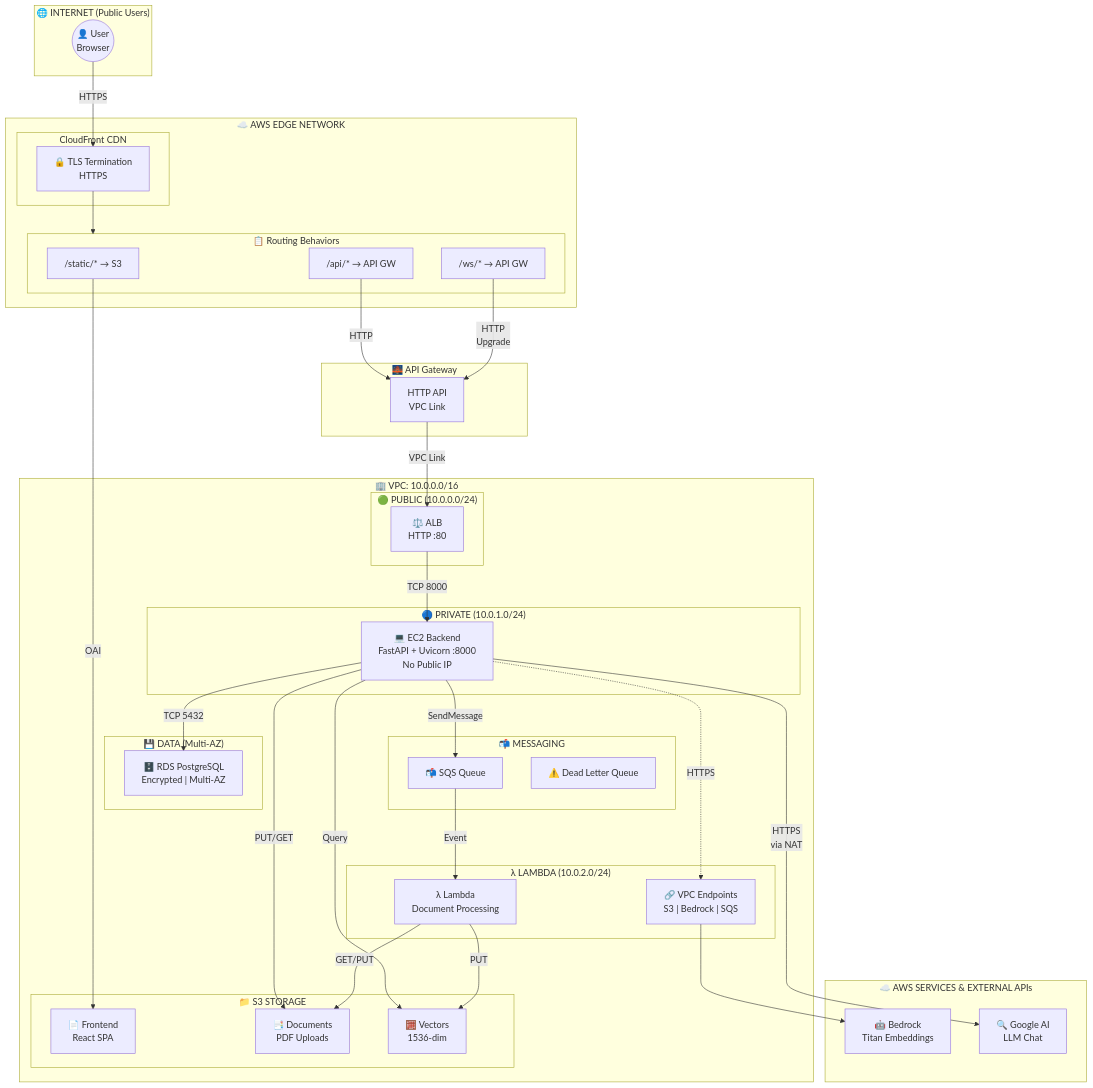
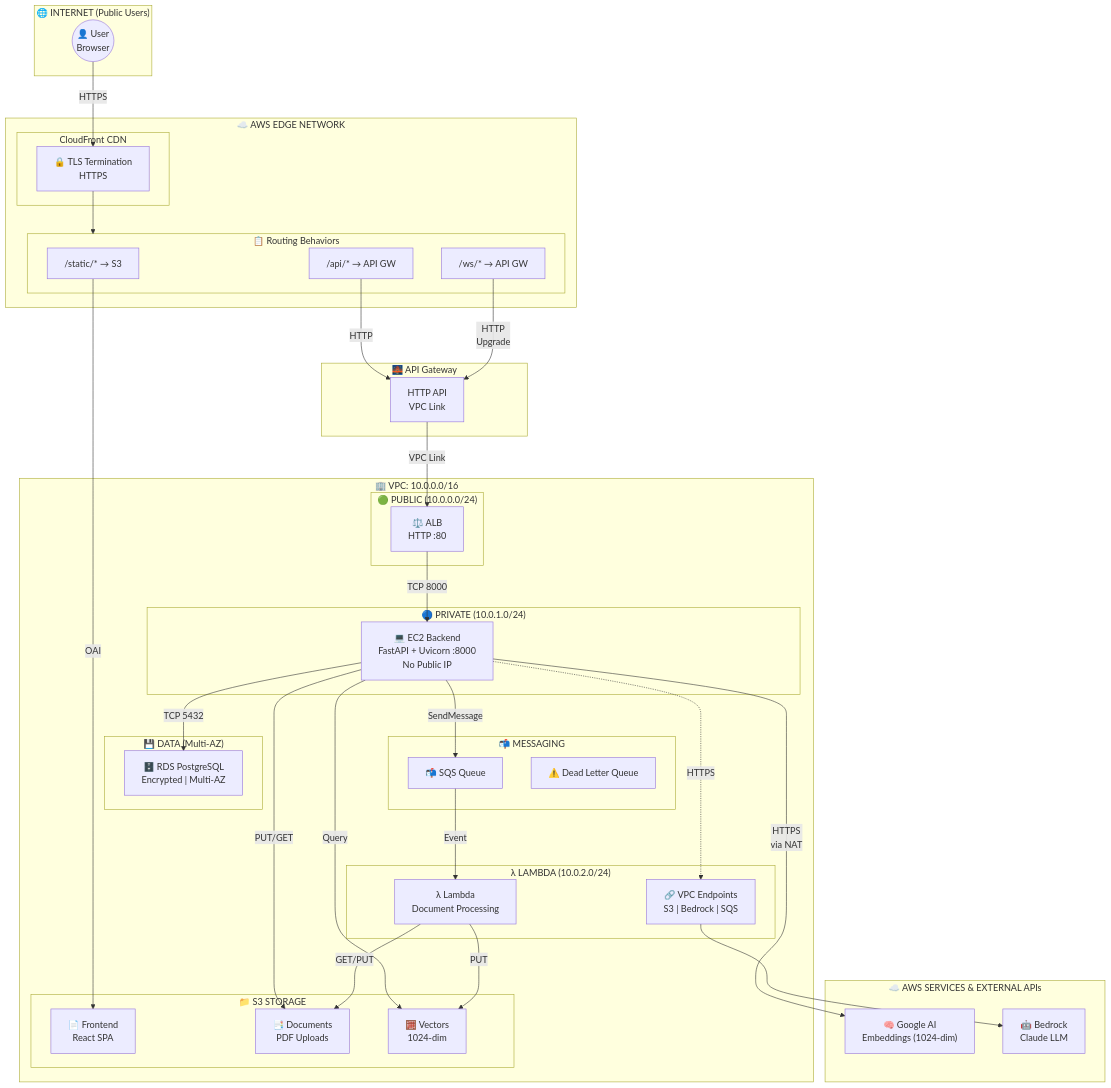
The first of 2 diagrams in README.md (h19overflow/Student_Helper), drawn with Mermaid before and after one commit. The commit also changed other lines of this file and 5 other files, not shown here.

````diff
--- a/README.md
+++ b/README.md
@@ -47,69 +58,69 @@
 ```mermaid
 flowchart TB
     subgraph Internet["🌐 INTERNET (Public Users)"]
         User((👤 User<br/>Browser))
     end
 
     subgraph Edge["☁️ AWS EDGE NETWORK"]
         subgraph CF["CloudFront CDN"]
             CF_TLS["🔒 TLS Termination<br/>HTTPS"]
         end
         subgraph Behaviors["📋 Routing Behaviors"]
             B_Static["/static/* → S3"]
             B_API["/api/* → API GW"]
             B_WS["/ws/* → API GW"]
         end
     end
 
     subgraph APIGWService["🌉 API Gateway"]
         APIGW["HTTP API<br/>VPC Link"]
     end
 
     subgraph VPC["🏢 VPC: 10.0.0.0/16"]
         subgraph PublicSubnet["🟢 PUBLIC (10.0.0.0/24)"]
             ALB["⚖️ ALB<br/>HTTP :80"]
         end
         subgraph PrivateSubnet["🔵 PRIVATE (10.0.1.0/24)"]
             EC2["💻 EC2 Backend<br/>FastAPI + Uvicorn :8000<br/>No Public IP"]
         end
         subgraph DataSubnet["💾 DATA (Multi-AZ)"]
             RDS["🗄️ RDS PostgreSQL<br/>Encrypted | Multi-AZ"]
         end
         subgraph LambdaSubnet["λ LAMBDA (10.0.2.0/24)"]
             Lambda["λ Lambda<br/>Document Processing"]
             VPCEndpoints["🔗 VPC Endpoints<br/>S3 | Bedrock | SQS"]
         end
         subgraph Storage["📁 S3 STORAGE"]
             S3Front["📄 Frontend<br/>React SPA"]
             S3Docs["📑 Documents<br/>PDF Uploads"]
-            S3Vec["🧮 Vectors<br/>1536-dim"]
+            S3Vec["🧮 Vectors<br/>1024-dim"]
         end
         subgraph Messaging["📬 MESSAGING"]
             SQS["📬 SQS Queue"]
             DLQ["⚠️ Dead Letter Queue"]
         end
     end
 
     subgraph External["☁️ AWS SERVICES & EXTERNAL APIs"]
-        Bedrock["🤖 Bedrock<br/>Titan Embeddings"]
-        GoogleAI["🔍 Google AI<br/>LLM Chat"]
+        GoogleEmbed["🧠 Google AI<br/>Embeddings (1024-dim)"]
+        Bedrock["🤖 Bedrock<br/>Claude LLM"]
     end
 
     User -->|HTTPS| CF_TLS
     CF_TLS --> Behaviors
     B_Static -->|OAI| S3Front
     B_API -->|HTTP| APIGW
     B_WS -->|HTTP<br/>Upgrade| APIGW
     APIGW -->|VPC Link| ALB
     ALB -->|TCP 8000| EC2
     EC2 -->|TCP 5432| RDS
     EC2 -->|PUT/GET| S3Docs
     EC2 -->|Query| S3Vec
     EC2 -->|SendMessage| SQS
     EC2 -.->|HTTPS| VPCEndpoints
     VPCEndpoints --> Bedrock
-    EC2 -->|HTTPS<br/>via NAT| GoogleAI
+    EC2 -->|HTTPS<br/>via NAT| GoogleEmbed
     SQS -->|Event| Lambda
     Lambda -->|GET/PUT| S3Docs
     Lambda -->|PUT| S3Vec
 ```
````
